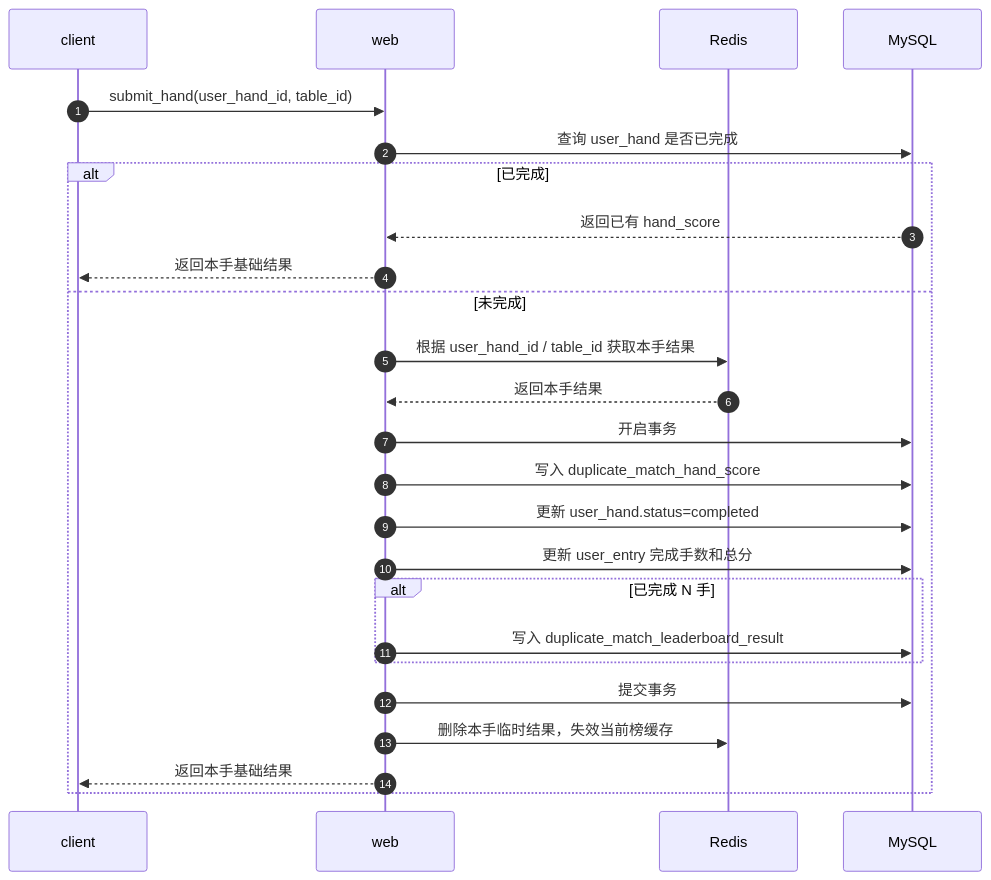
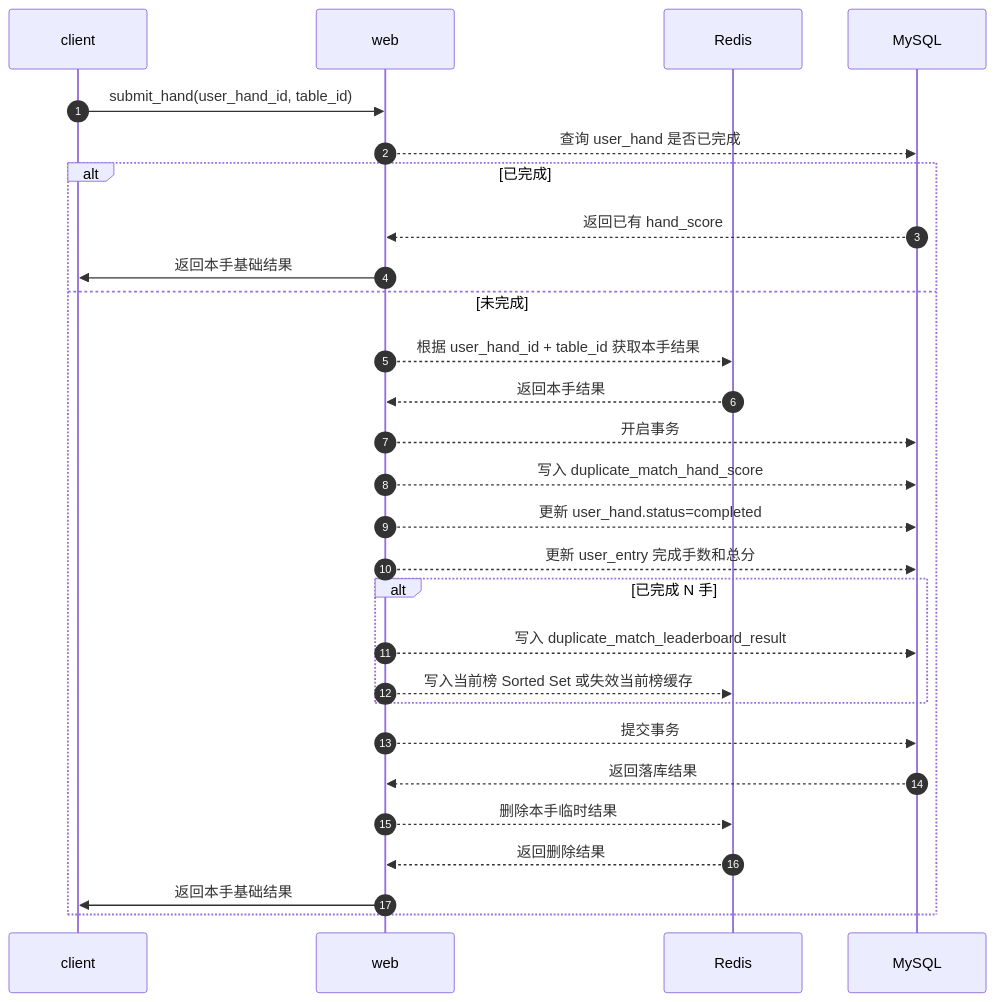
Before and after one commit to zdl20251023-pixel/agent-frame: the eighth of 23 diagrams in docs/复述扑克/评审02/02-设计文档.md, drawn with Mermaid. The commit also changed other lines of this file and 1 other file, not shown here.

````diff
--- a/docs/复述扑克/评审02/02-设计文档.md
+++ b/docs/复述扑克/评审02/02-设计文档.md
@@ -408,28 +408,34 @@
 ```mermaid
 sequenceDiagram
     autonumber
     participant client
     participant web
     participant Redis
     participant MySQL
 
     client->>web: submit_hand(user_hand_id, table_id)
-    web->>MySQL: 查询 user_hand 是否已完成
+    web-->>MySQL: 查询 user_hand 是否已完成
+
     alt 已完成
         MySQL-->>web: 返回已有 hand_score
-        web-->>client: 返回本手基础结果
+        web->>client: 返回本手基础结果
     else 未完成
-        web->>Redis: 根据 user_hand_id / table_id 获取本手结果
+        web-->>Redis: 根据 user_hand_id + table_id 获取本手结果
         Redis-->>web: 返回本手结果
-        web->>MySQL: 开启事务
-        web->>MySQL: 写入 duplicate_match_hand_score
-        web->>MySQL: 更新 user_hand.status=completed
-        web->>MySQL: 更新 user_entry 完成手数和总分
+        web-->>MySQL: 开启事务
+        web-->>MySQL: 写入 duplicate_match_hand_score
+        web-->>MySQL: 更新 user_hand.status=completed
+        web-->>MySQL: 更新 user_entry 完成手数和总分
+
         alt 已完成 N 手
-            web->>MySQL: 写入 duplicate_match_leaderboard_result
+            web-->>MySQL: 写入 duplicate_match_leaderboard_result
+            web-->>Redis: 写入当前榜 Sorted Set 或失效当前榜缓存
         end
-        web->>MySQL: 提交事务
-        web->>Redis: 删除本手临时结果，失效当前榜缓存
-        web-->>client: 返回本手基础结果
+
+        web-->>MySQL: 提交事务
+        MySQL-->>web: 返回落库结果
+        web-->>Redis: 删除本手临时结果
+        Redis-->>web: 返回删除结果
+        web->>client: 返回本手基础结果
     end
 ```
````
